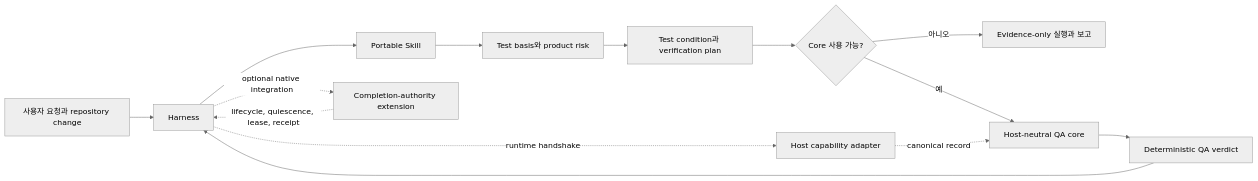
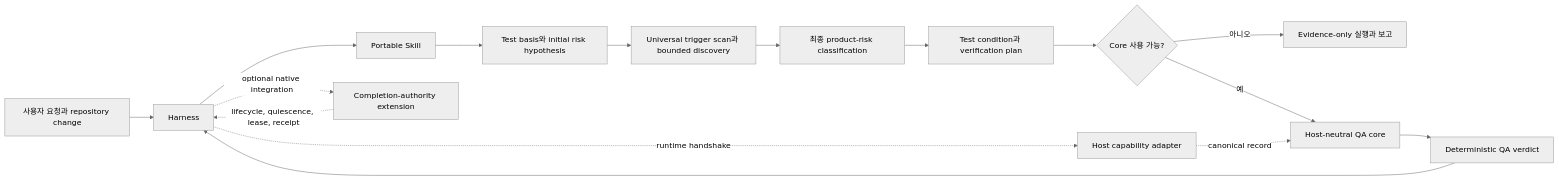
Before and after one commit to Jin-Doh/traceknot: the first of 3 diagrams in README.ko.md, drawn with Mermaid (neutral theme). The commit also changed other lines of this file and 1 other file, not shown here.

Commit message:
docs: document bounded adversarial discovery

````diff
--- a/README.ko.md
+++ b/README.ko.md
@@ -142,18 +152,20 @@
 ```mermaid
 flowchart LR
     U[사용자 요청과 repository change] --> H[Harness]
     H --> S[Portable Skill]
-    S --> B[Test basis와 product risk]
-    B --> P[Test condition과 verification plan]
+    S --> B[Test basis와 initial risk hypothesis]
+    B --> D[Universal trigger scan과 bounded discovery]
+    D --> R[최종 product-risk classification]
+    R --> P[Test condition과 verification plan]
     P --> X{Core 사용 가능?}
     X -->|아니오| E[Evidence-only 실행과 보고]
     X -->|예| C[Host-neutral QA core]
     C --> V[Deterministic QA verdict]
     V --> H
 
     H -. runtime handshake .-> A[Host capability adapter]
     A -. canonical record .-> C
 
     H -. optional native integration .-> Q[Completion-authority extension]
     Q -. lifecycle, quiescence, lease, receipt .-> H
 ```
````
